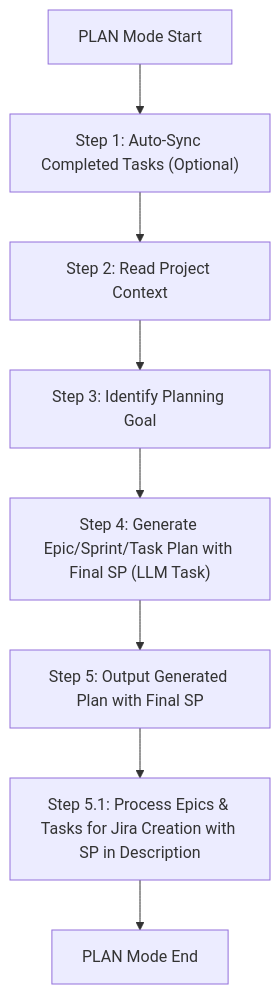
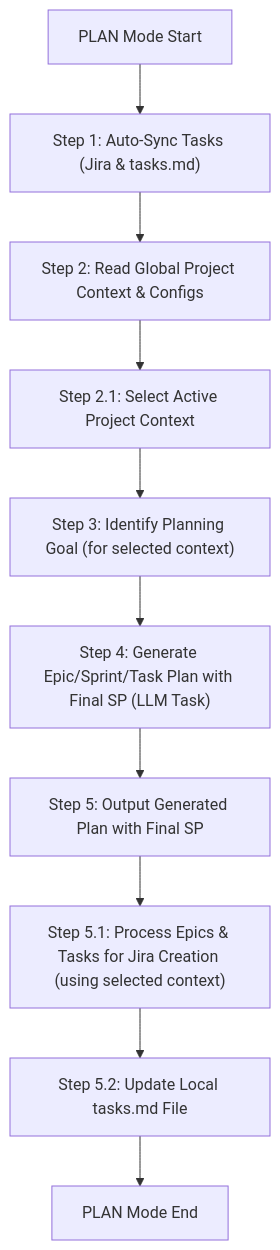
One commit to ms-moar/cursor-tools changed the diagram in .cursor/rules/isolation_rules/visual-maps/plan-mode-map.mdc. Above: the diagram before and after it, drawn with Mermaid. The commit also changed other lines of this file and 2 other files, not shown here.

Commit message:
FeatMultiContext

````diff
--- a/.cursor/rules/isolation_rules/visual-maps/plan-mode-map.mdc
+++ b/.cursor/rules/isolation_rules/visual-maps/plan-mode-map.mdc
@@ -13,10 +13,12 @@
 ```mermaid
 graph TD
-    Start["PLAN Mode Start"] --> AutoSync["Step 1: Auto-Sync Completed Tasks (Optional)"]
-    AutoSync --> ReadContext["Step 2: Read Project Context"]
-    ReadContext --> IdentifyGoal["Step 3: Identify Planning Goal"]
+    Start["PLAN Mode Start"] --> AutoSync["Step 1: Auto-Sync Tasks (Jira & tasks.md)"]
+    AutoSync --> ReadGlobalContext["Step 2: Read Global Project Context & Configs"]
+    ReadGlobalContext --> SelectActiveContext["Step 2.1: Select Active Project Context"]
+    SelectActiveContext --> IdentifyGoal["Step 3: Identify Planning Goal (for selected context)"]
     IdentifyGoal --> GeneratePlanWithSP["Step 4: Generate Epic/Sprint/Task Plan with Final SP (LLM Task)"]
     GeneratePlanWithSP --> OutputPlan["Step 5: Output Generated Plan with Final SP"]
-    OutputPlan --> JiraSync["Step 5.1: Process Epics & Tasks for Jira Creation with SP in Description"]
-    JiraSync --> End["PLAN Mode End"]
+    OutputPlan --> JiraSync["Step 5.1: Process Epics & Tasks for Jira Creation (using selected context)"]
+    JiraSync --> UpdateTasksMD["Step 5.2: Update Local tasks.md File"]
+    UpdateTasksMD --> End["PLAN Mode End"]
 ```
````
